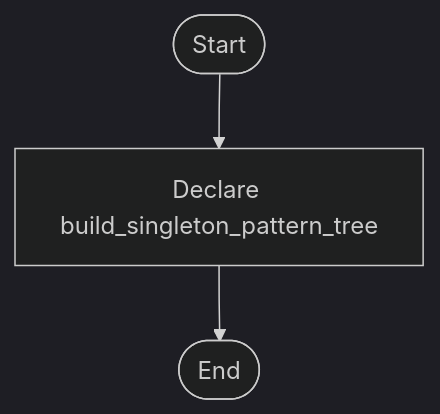
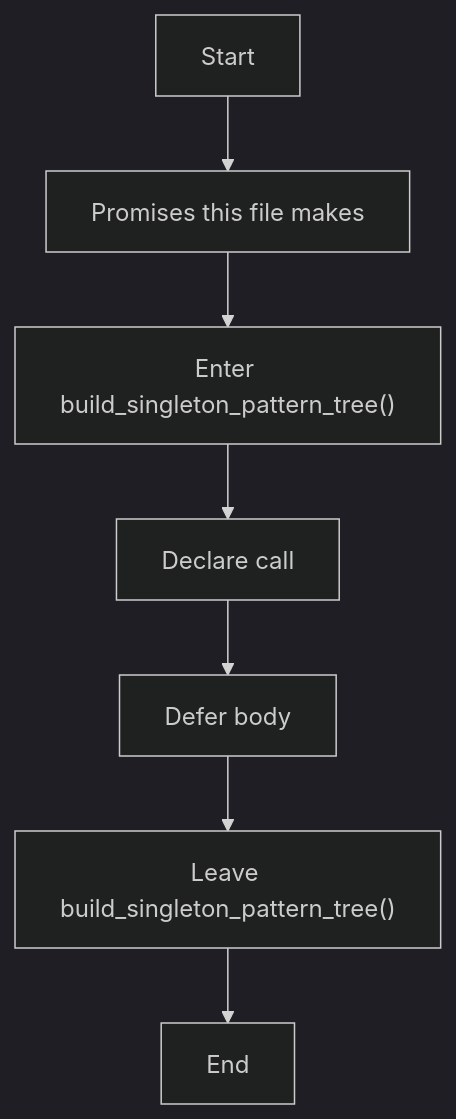
The first of 2 diagrams in docs/Codebase/Microservice/Modules/Header/Creational/Singleton/singleton_pattern_logic.hpp.md (JohnAndrewBalbarosa/NeoTerritory), drawn with Mermaid (dark theme) before and after one commit. The commit also changed other lines of this file and 752 other files, not shown here.

````diff
--- a/docs/Codebase/Microservice/Modules/Header/Creational/Singleton/singleton_pattern_logic.hpp.md
+++ b/docs/Codebase/Microservice/Modules/Header/Creational/Singleton/singleton_pattern_logic.hpp.md
@@ -30,8 +22,16 @@
 ```mermaid
 flowchart TD
-    Start([Start])
-    N0[Declare build_singleton_pattern_tree]
-    End([End])
+    Start["Start"]
+    N0["Promises this file makes"]
+    N1["Enter build_singleton_pattern_tree()"]
+    N2["Declare call"]
+    N3["Defer body"]
+    N4["Leave build_singleton_pattern_tree()"]
+    End["End"]
     Start --> N0
-    N0 --> End
+    N0 --> N1
+    N1 --> N2
+    N2 --> N3
+    N3 --> N4
+    N4 --> End
 ```
````
